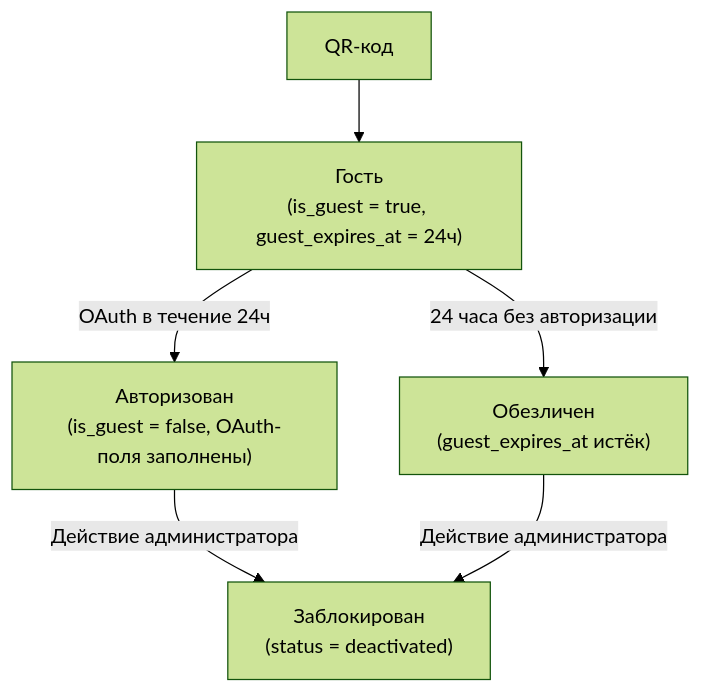
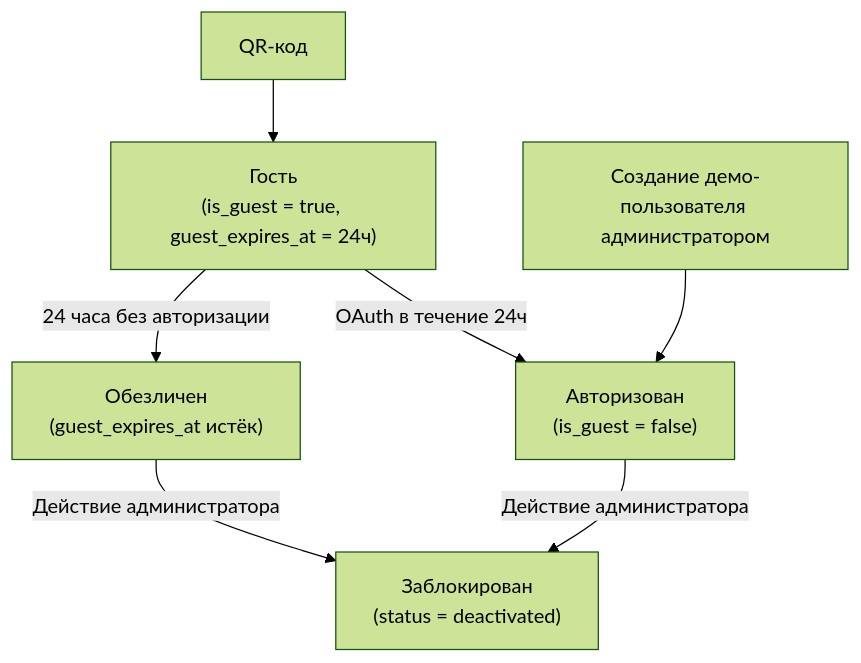
Before and after one commit to atlassys-smm/RZN: the diagram in docs/entities/users.md, drawn with Mermaid (forest theme). The commit also changed other lines of this file and 14 other files, not shown here.

````diff
--- a/docs/entities/users.md
+++ b/docs/entities/users.md
@@ -117,8 +117,9 @@
 ```mermaid
 flowchart TD
     Start["QR-код"] --> Guest["Гость\n(is_guest = true, guest_expires_at = 24ч)"]
-    Guest -->|"OAuth в течение 24ч"| Active["Авторизован\n(is_guest = false, OAuth-поля заполнены)"]
+    Guest -->|"OAuth в течение 24ч"| Active["Авторизован\n(is_guest = false)"]
+    Demo["Создание демо-пользователя администратором"] --> Active
     Guest -->|"24 часа без авторизации"| Anonymized["Обезличен\n(guest_expires_at истёк)"]
     Active -->|"Действие администратора"| Deactivated["Заблокирован\n(status = deactivated)"]
     Anonymized -->|"Действие администратора"| Deactivated
 ```
````
